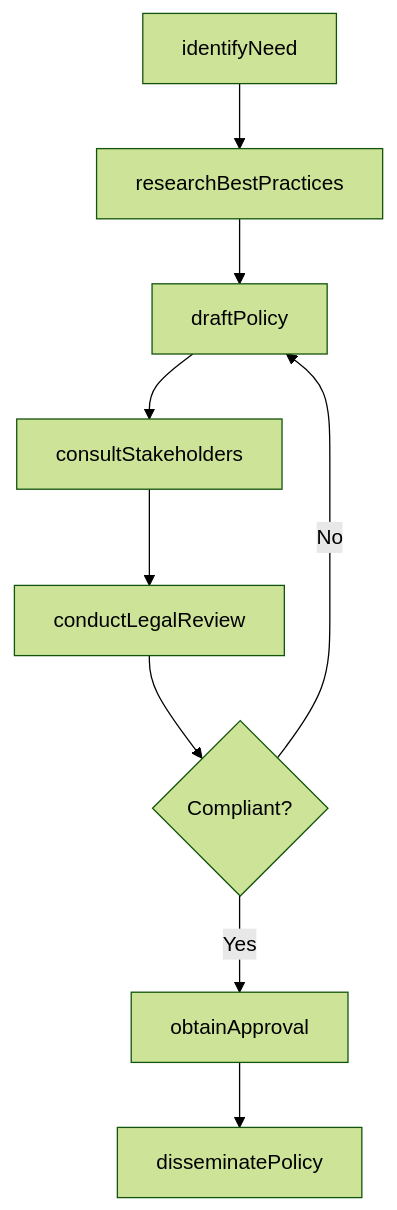
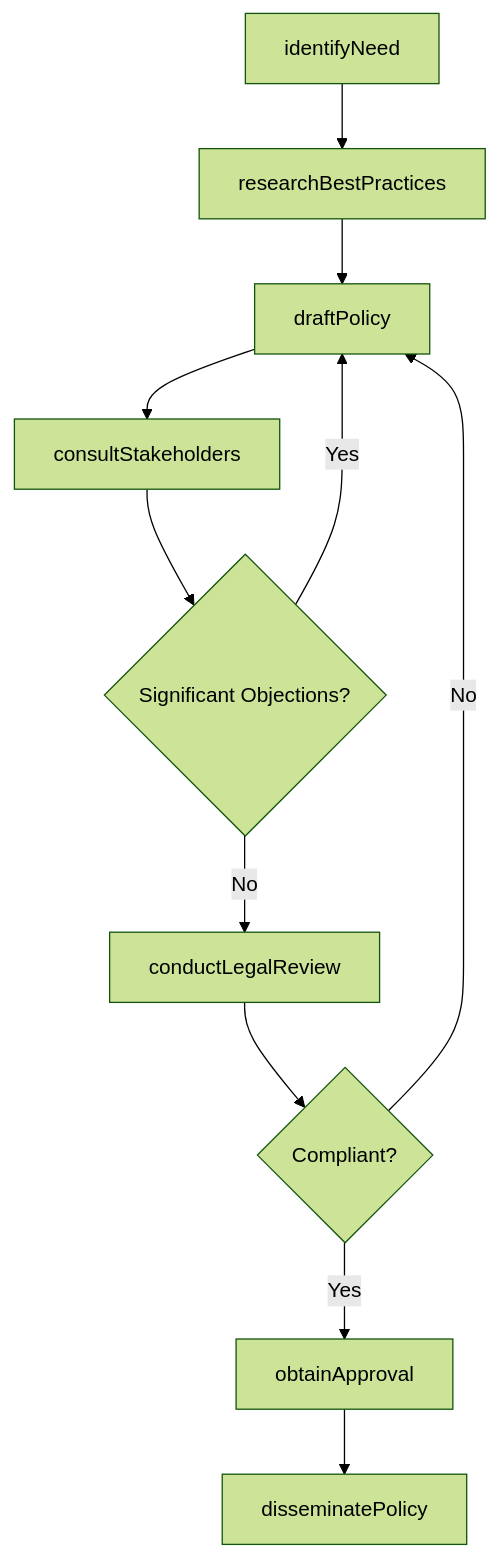
The third of 4 diagrams in ThinkingCreatively/DevelopEducationalProgramsPlansOrProcedures/EstablishOperationalPolicies.mdx (dot-org-ai/tasks.org.ai), drawn with Mermaid (forest theme) before and after one commit. The commit also changed other lines of this file and 504 other files, not shown here.

First line of the commit message:
feat: Add ER diagrams, state diagrams, and workflow improvements to 96 DWA task files

````diff
--- a/ThinkingCreatively/DevelopEducationalProgramsPlansOrProcedures/EstablishOperationalPolicies.mdx
+++ b/ThinkingCreatively/DevelopEducationalProgramsPlansOrProcedures/EstablishOperationalPolicies.mdx
@@ -86,11 +116,13 @@
 ```mermaid
 graph TD
     A[identifyNeed] --> B[researchBestPractices]
     B --> C[draftPolicy]
     C --> D[consultStakeholders]
-    D --> E[conductLegalReview]
-    E --> F{Compliant?}
-    F -->|No| C
-    F -->|Yes| G[obtainApproval]
-    G --> H[disseminatePolicy]
+    D --> E{Significant Objections?}
+    E -->|Yes| C
+    E -->|No| F[conductLegalReview]
+    F --> G{Compliant?}
+    G -->|No| C
+    G -->|Yes| H[obtainApproval]
+    H --> I[disseminatePolicy]
 ```
````
